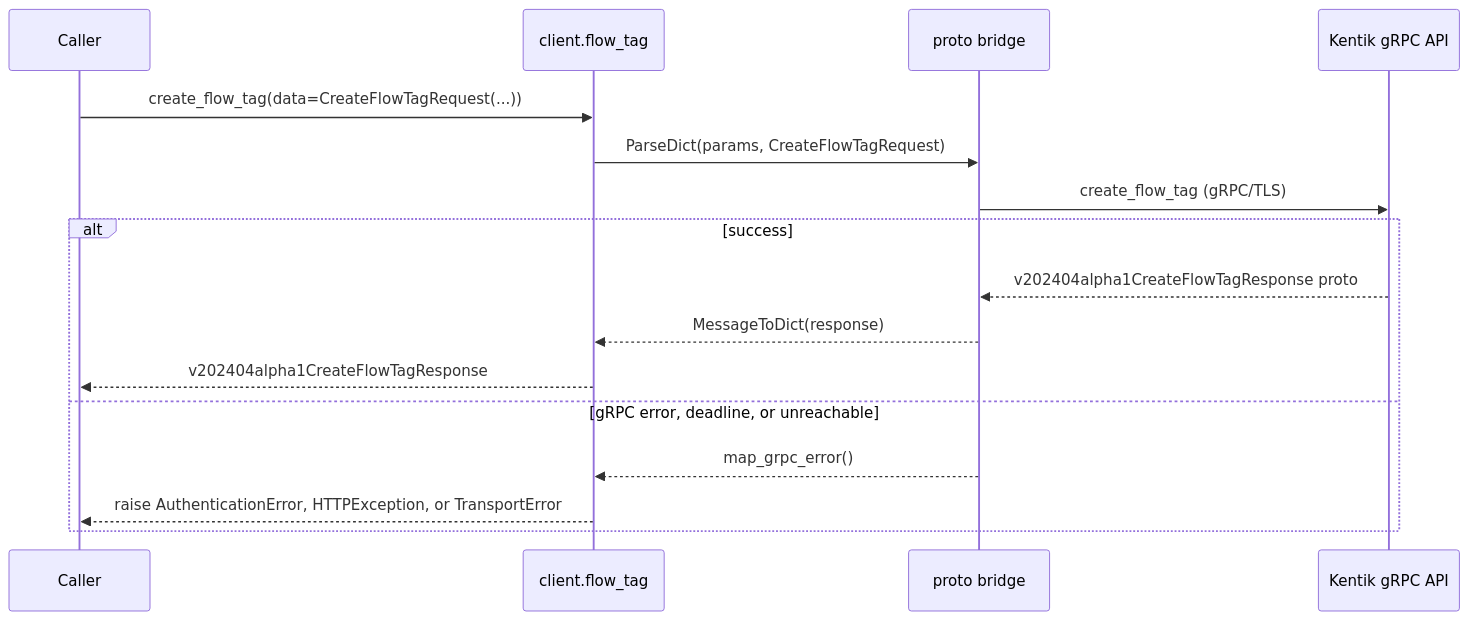
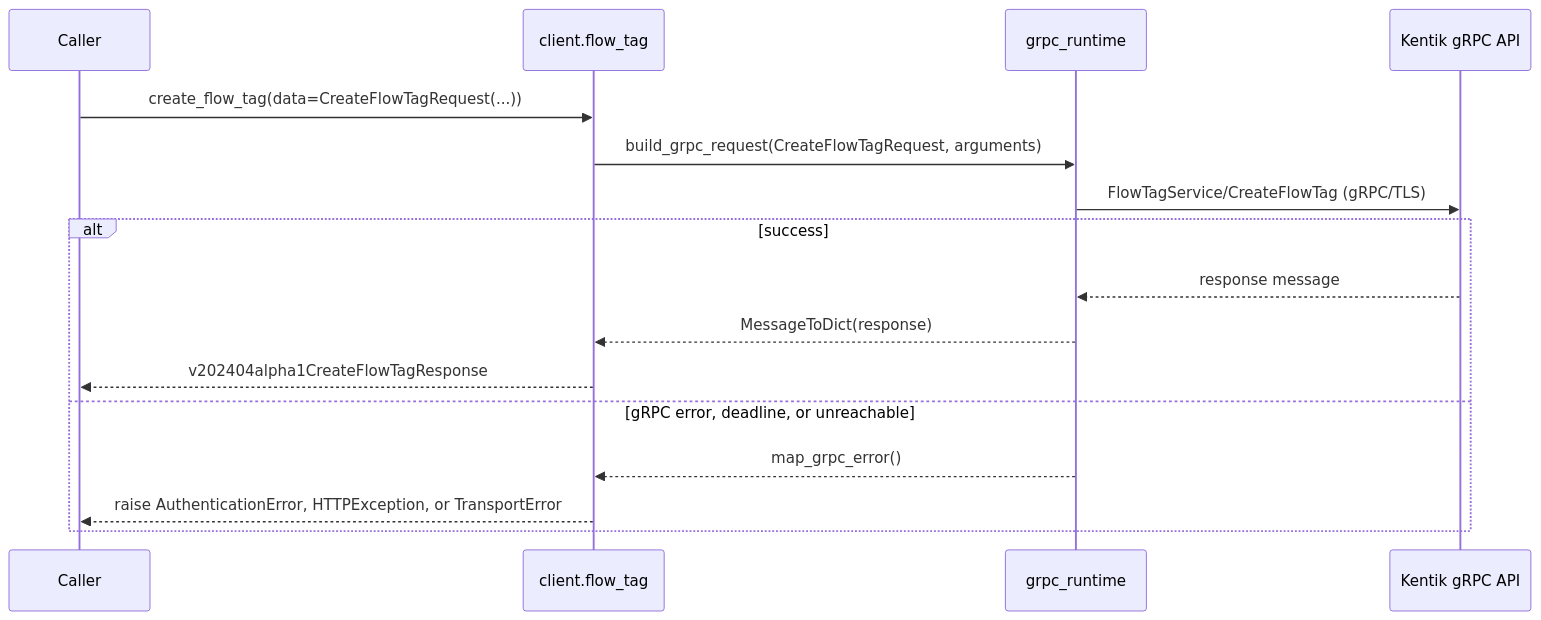
Before and after one commit to alexdearaujo/community_sdk_python: the fifth of 12 diagrams in docs/sphinx/services/flow_tag.md, drawn with Mermaid. The commit also changed other lines of this file and 37 other files, not shown here.

First line of the commit message:
docs: show the real RPC in each service page's gRPC diagram

````diff
--- a/docs/sphinx/services/flow_tag.md
+++ b/docs/sphinx/services/flow_tag.md
@@ -137,19 +137,19 @@
 ```mermaid
 sequenceDiagram
     participant C as Caller
     participant W as client.flow_tag
-    participant B as proto bridge
+    participant R as grpc_runtime
     participant API as Kentik gRPC API
 
     C->>W: create_flow_tag(data=CreateFlowTagRequest(...))
-    W->>B: ParseDict(params, CreateFlowTagRequest)
-    B->>API: create_flow_tag (gRPC/TLS)
+    W->>R: build_grpc_request(CreateFlowTagRequest, arguments)
+    R->>API: FlowTagService/CreateFlowTag (gRPC/TLS)
     alt success
-        API-->>B: v202404alpha1CreateFlowTagResponse proto
-        B-->>W: MessageToDict(response)
+        API-->>R: response message
+        R-->>W: MessageToDict(response)
         W-->>C: v202404alpha1CreateFlowTagResponse
     else gRPC error, deadline, or unreachable
-        B-->>W: map_grpc_error()
+        R-->>W: map_grpc_error()
         W-->>C: raise AuthenticationError, HTTPException, or TransportError
     end
 ```
````
